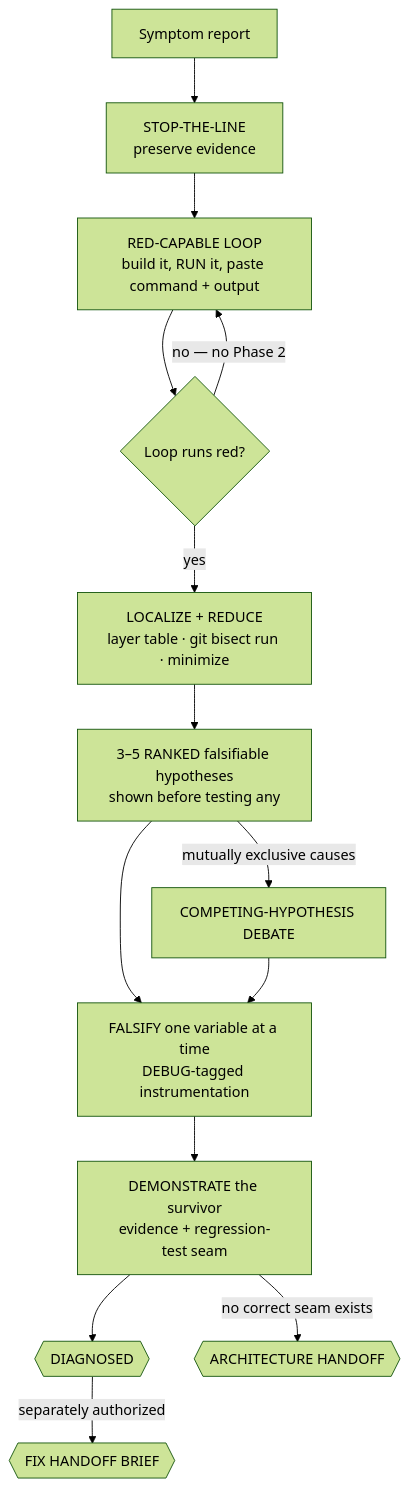
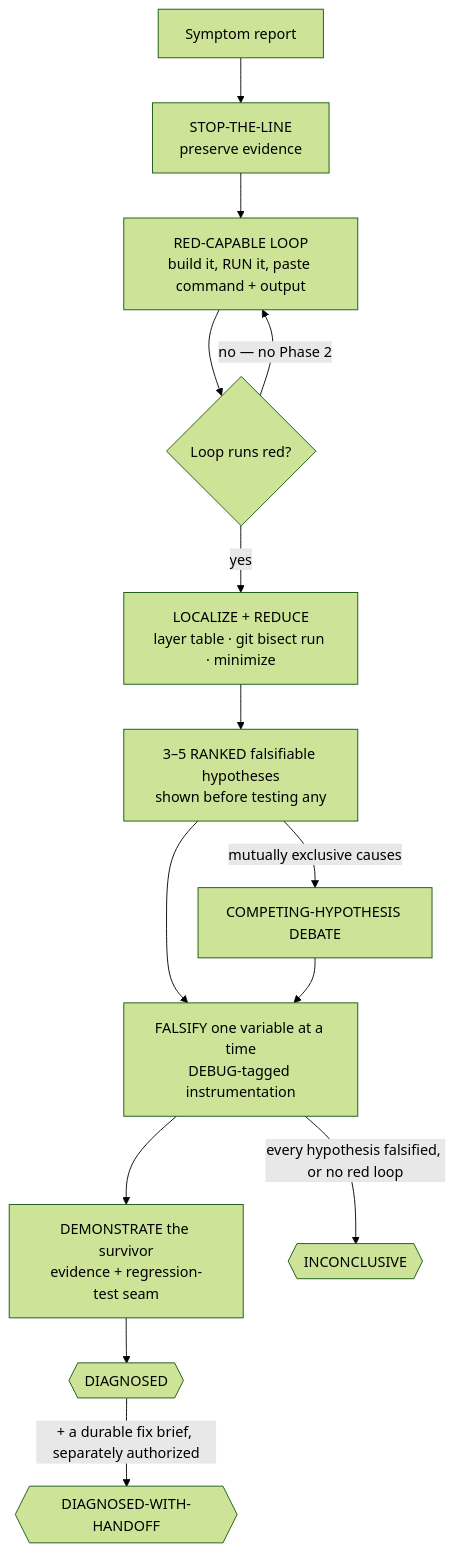
One commit to ravidsrk/orca-fleet changed the diagram in docs/missions/root-cause.md. Above: the diagram before and after it, drawn with Mermaid (forest theme). The commit also changed other lines of this file and 23 other files, not shown here.

````diff
--- a/docs/missions/root-cause.md
+++ b/docs/missions/root-cause.md
@@ -57,16 +65,16 @@
 ```mermaid
 flowchart TD
     A[Symptom report] --> B[STOP-THE-LINE<br/>preserve evidence]
     B --> C[RED-CAPABLE LOOP<br/>build it, RUN it, paste command + output]
     C --> D{Loop runs red?}
     D -->|no — no Phase 2| C
     D -->|yes| E[LOCALIZE + REDUCE<br/>layer table · git bisect run · minimize]
     E --> F[3–5 RANKED falsifiable hypotheses<br/>shown before testing any]
     F -->|mutually exclusive causes| G[COMPETING-HYPOTHESIS DEBATE]
     F --> H[FALSIFY one variable at a time<br/>DEBUG-tagged instrumentation]
     G --> H
     H --> I[DEMONSTRATE the survivor<br/>evidence + regression-test seam]
     I --> J{{DIAGNOSED}}
-    I -->|no correct seam exists| K{{ARCHITECTURE HANDOFF}}
-    J -->|separately authorized| L{{FIX HANDOFF BRIEF}}
+    J -->|+ a durable fix brief, separately authorized| L{{DIAGNOSED-WITH-HANDOFF}}
+    H -->|every hypothesis falsified, or no red loop| K{{INCONCLUSIVE}}
 ```
````
